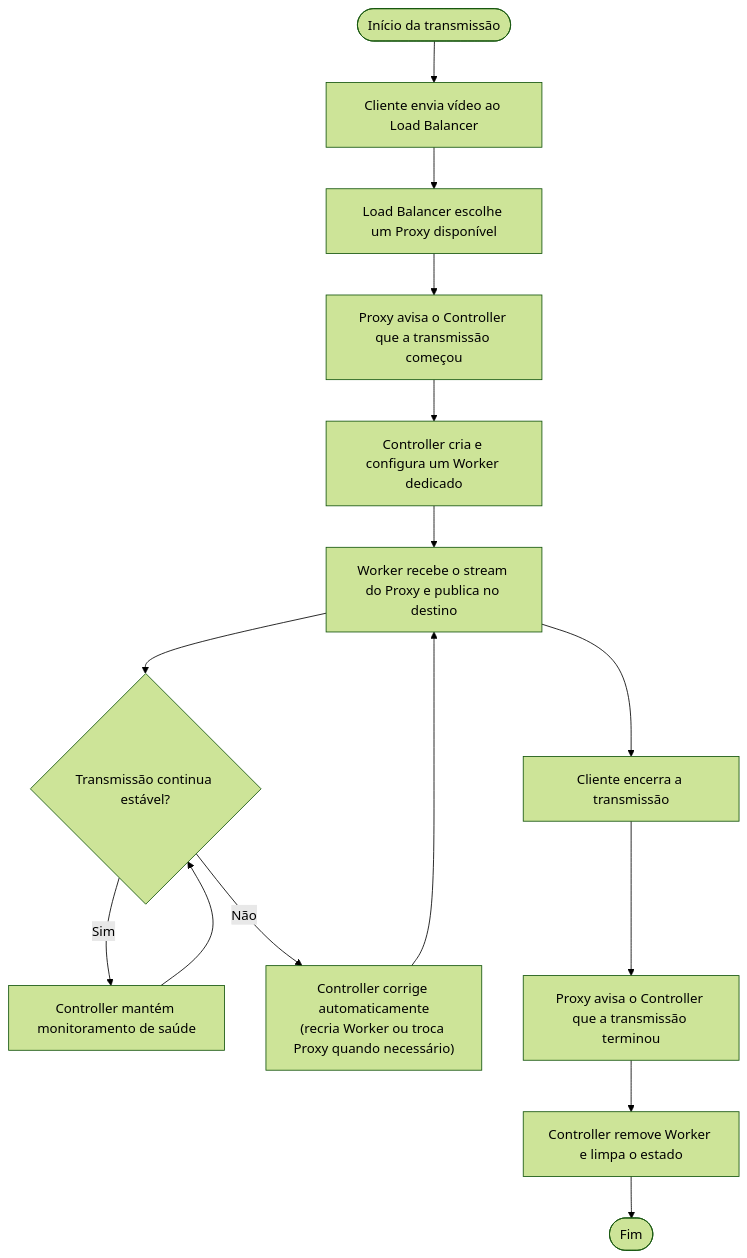
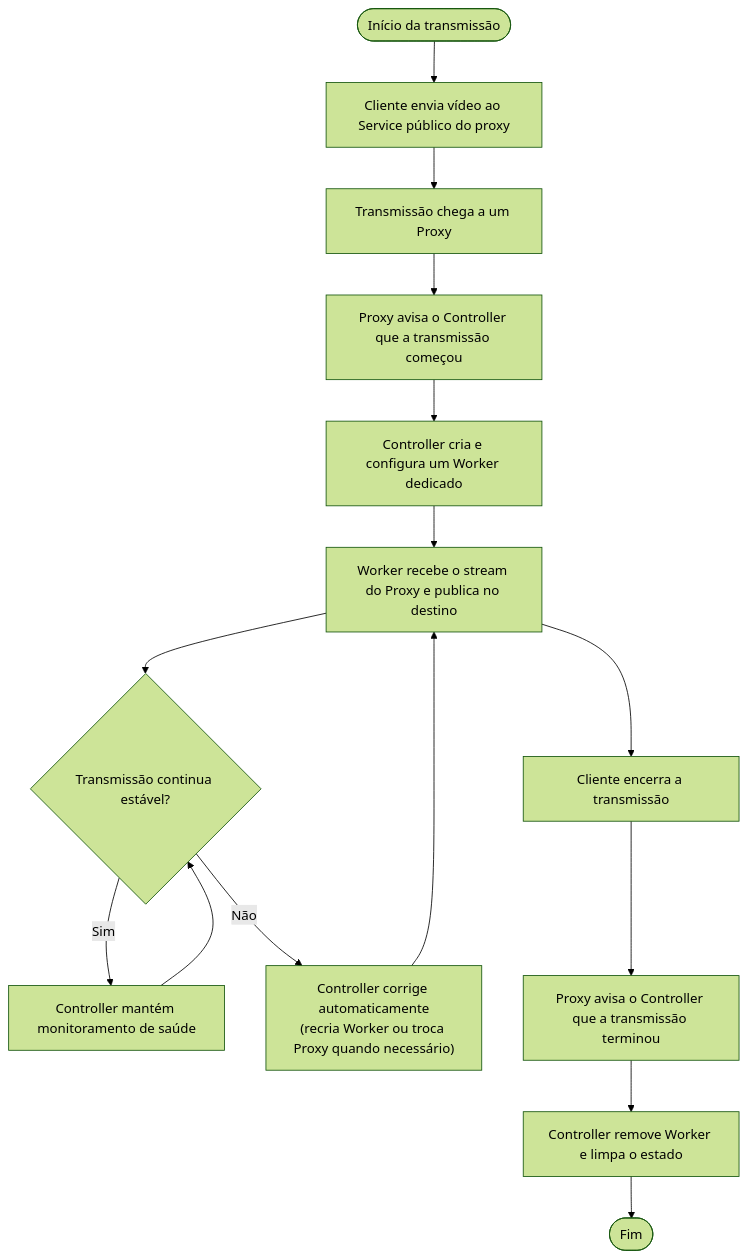
The diagram in diagrams/activity-flow-high-level.mmd (JadsonLucena/LiveEdgeCast), drawn with Mermaid (forest theme) before and after one commit. The commit also changed 7 other files, not shown here.

Commit message:
refactor: expose proxy directly through load balancer

```diff
--- a/diagrams/activity-flow-high-level.mmd
+++ b/diagrams/activity-flow-high-level.mmd
@@ -1,20 +1,20 @@
 flowchart TD
-    A([Início da transmissão]) --> B[Cliente envia vídeo ao Load Balancer]
-    B --> C[Load Balancer escolhe um Proxy disponível]
+    A([Início da transmissão]) --> B[Cliente envia vídeo ao Service público do proxy]
+    B --> C[Transmissão chega a um Proxy]
     C --> D[Proxy avisa o Controller que a transmissão começou]
 
     D --> E[Controller cria e configura um Worker dedicado]
     E --> F[Worker recebe o stream do Proxy e publica no destino]
 
     F --> G{Transmissão continua estável?}
     G -->|Sim| H[Controller mantém monitoramento de saúde]
     H --> G
 
     G -->|Não| I["Controller corrige automaticamente
 (recria Worker ou troca Proxy quando necessário)"]
     I --> F
 
     F --> J[Cliente encerra a transmissão]
     J --> K[Proxy avisa o Controller que a transmissão terminou]
     K --> L[Controller remove Worker e limpa o estado]
     L --> M([Fim])
```
